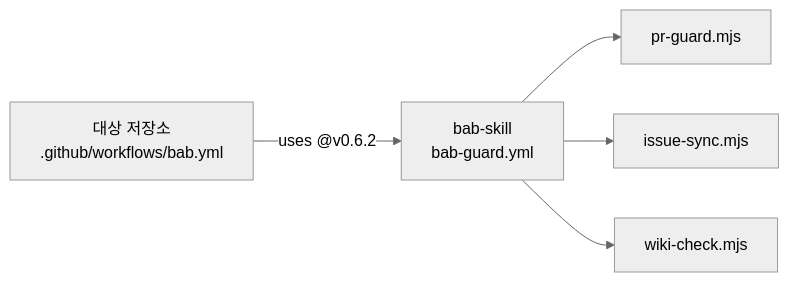
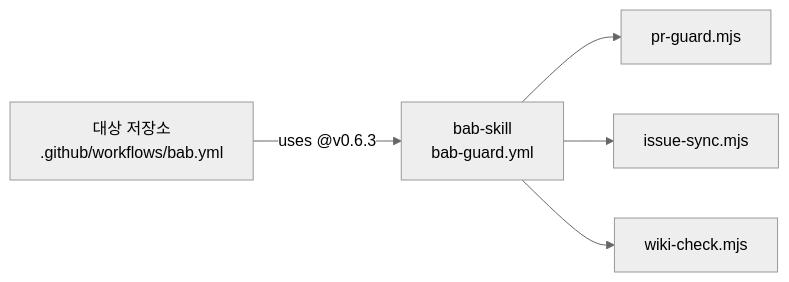
One commit to freevue/bab-skill changed the second of 4 diagrams in README.md. Above: the diagram before and after it, drawn with Mermaid (neutral theme). The commit also changed other lines of this file and 18 other files, not shown here.

````diff
--- a/README.md
+++ b/README.md
@@ -497,7 +501,7 @@
 ```mermaid
 flowchart LR
-  A[대상 저장소<br/>.github/workflows/bab.yml] -->|uses @v0.6.2| B[bab-skill<br/>bab-guard.yml]
+  A[대상 저장소<br/>.github/workflows/bab.yml] -->|uses @v0.6.3| B[bab-skill<br/>bab-guard.yml]
   B --> C[pr-guard.mjs]
   B --> D[issue-sync.mjs]
   B --> E[wiki-check.mjs]
 ```
````
